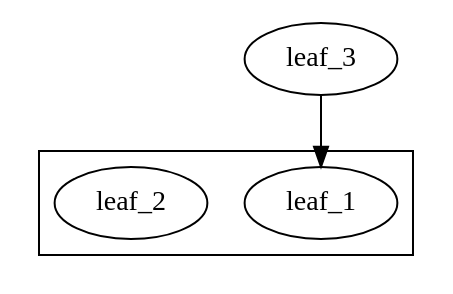
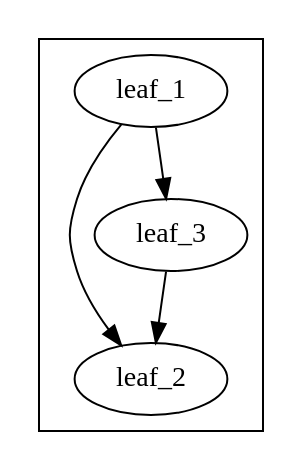
Before and after one commit to stefanrinderle/SoftViz3D: the diagram in x3d/dependency.dot, drawn with Graphviz. The commit also changed 6 other files, not shown here.

```diff
--- a/x3d/dependency.dot
+++ b/x3d/dependency.dot
@@ -1,8 +1,10 @@
 digraph G {
 	subgraph cluster_node_5 {
 		leaf_1;
 		leaf_2;
+		leaf_1 -> leaf_2;
+		leaf_1 -> leaf_3;
+		leaf_3 -> leaf_2;
 	}
 	leaf_3;
-	leaf_3 -> leaf_1;
 }
```
